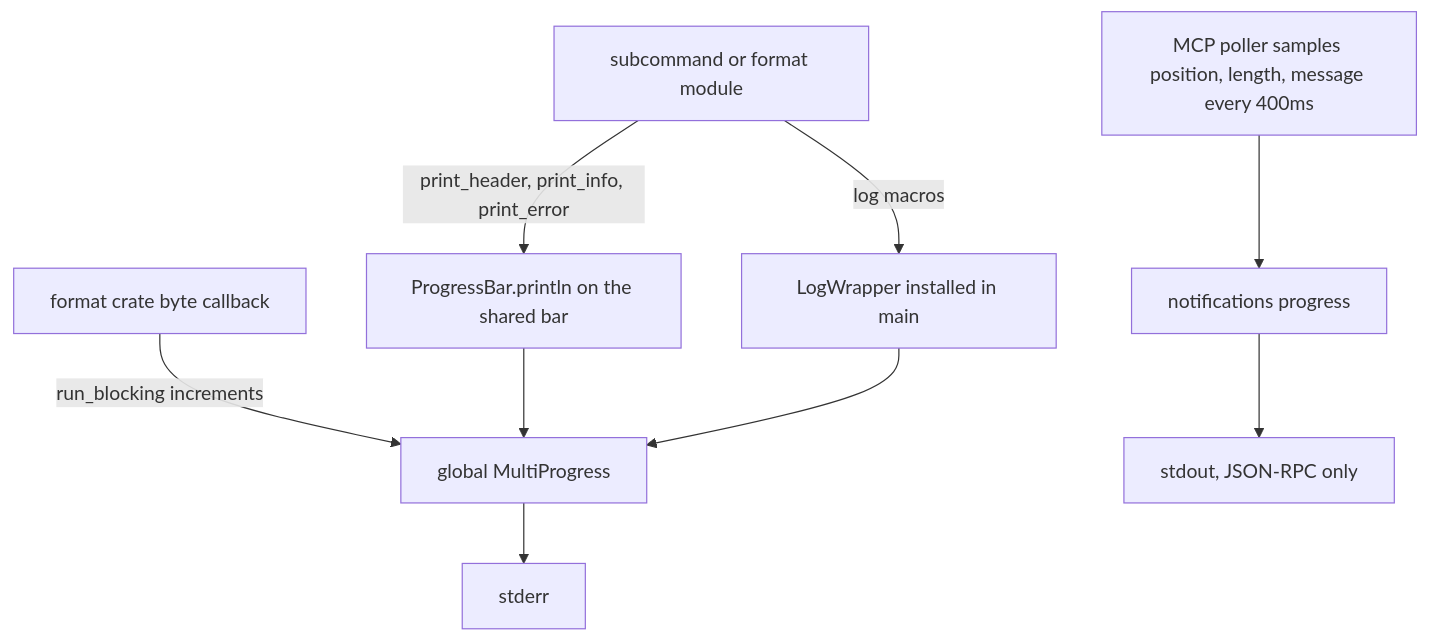
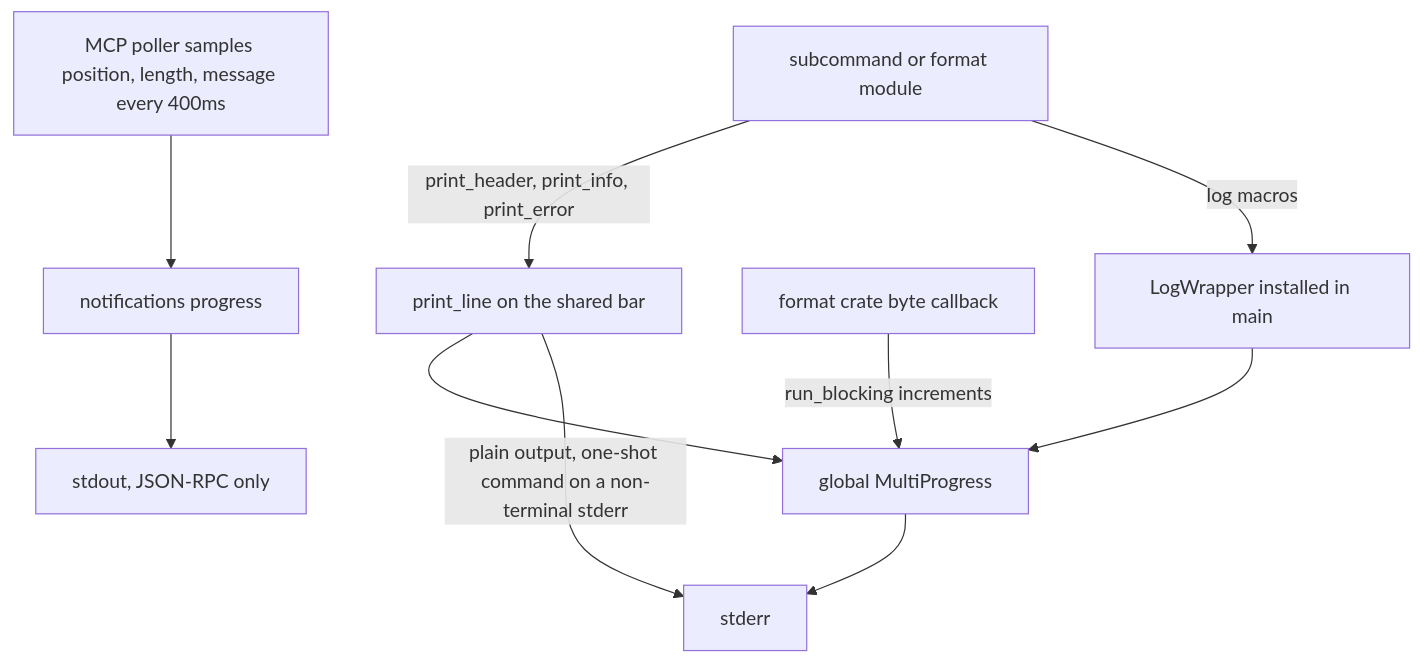
Before and after one commit to alucryd/oxyromon: the second of 4 diagrams in openwiki/concepts/cli-output-progress-and-prompts.md, drawn with Mermaid. The commit also changed other lines of this file and 30 other files, not shown here.

````diff
--- a/openwiki/concepts/cli-output-progress-and-prompts.md
+++ b/openwiki/concepts/cli-output-progress-and-prompts.md
@@ -243,11 +263,12 @@
 ```mermaid
 flowchart TD
-  A["subcommand or format module"] -->|"print_header, print_info, print_error"| B["ProgressBar.println on the shared bar"]
+  A["subcommand or format module"] -->|"print_header, print_info, print_error"| B["print_line on the shared bar"]
   A -->|"log macros"| C["LogWrapper installed in main"]
   D["format crate byte callback"] -->|"run_blocking increments"| E["global MultiProgress"]
   B --> E
+  B -->|"plain output, one-shot command on a non-terminal stderr"| F
   C --> E
   E --> F["stderr"]
   G["MCP poller samples position, length, message every 400ms"] --> H["notifications progress"]
   H --> I["stdout, JSON-RPC only"]
 ```
````
